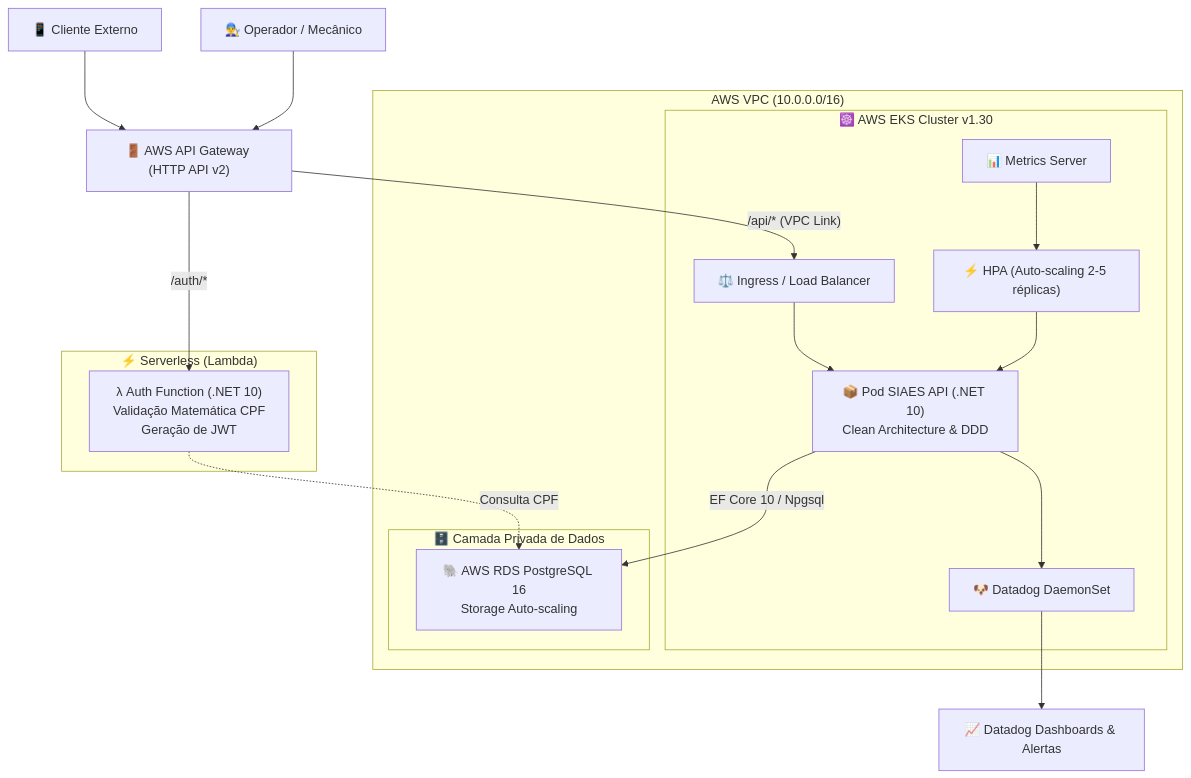
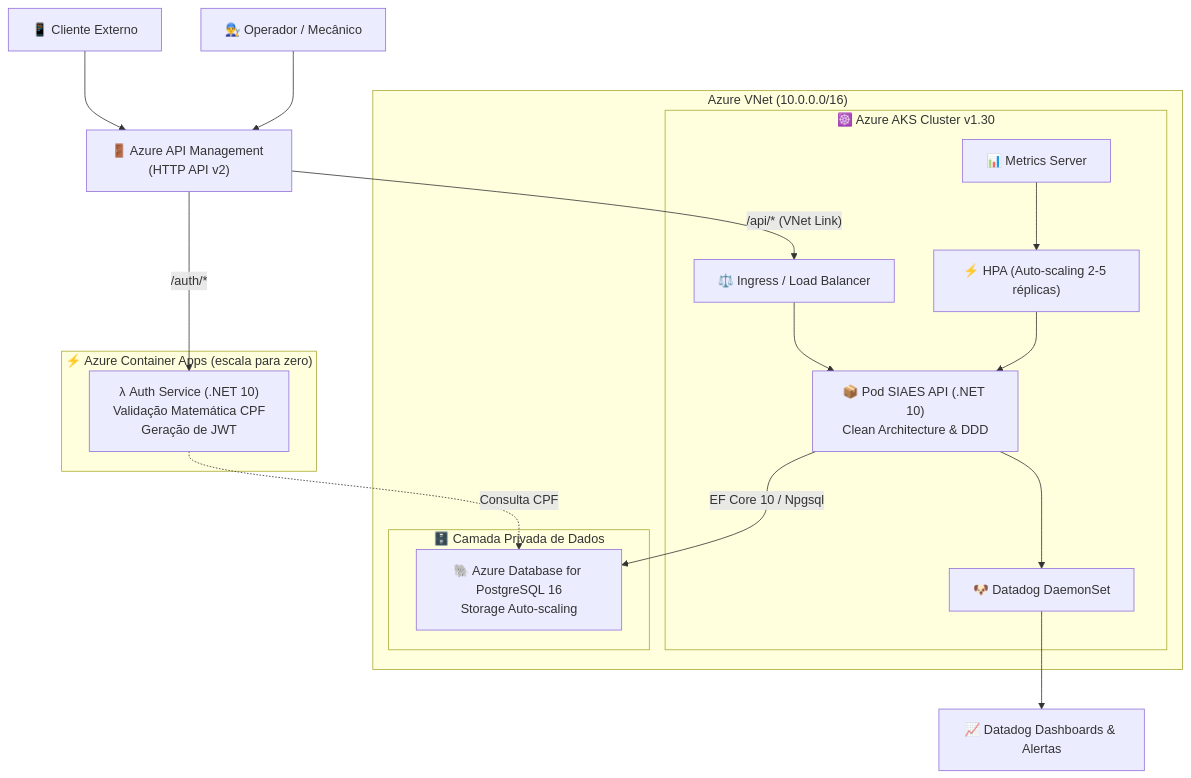
Before and after one commit to dvdalves/FIAP.Tech.Challenge: the first of 2 diagrams in README.md, drawn with Mermaid. The commit also changed other lines of this file and 31 other files, not shown here.

Commit message:
Migrar infraestrutura e deploy para Azure

````diff
--- a/README.md
+++ b/README.md
@@ -62,34 +62,34 @@
 ```mermaid
 flowchart TD
-    Customer["📱 Cliente Externo"] --> APIGW["🚪 AWS API Gateway (HTTP API v2)"]
+    Customer["📱 Cliente Externo"] --> APIGW["🚪 Azure API Management (HTTP API v2)"]
     Mechanic["👨‍🔧 Operador / Mecânico"] --> APIGW
 
-    subgraph Serverless ["⚡ Serverless (Lambda)"]
-        LambdaAuth["λ Auth Function (.NET 10)<br/>Validação Matemática CPF<br/>Geração de JWT"]
+    subgraph Serverless ["⚡ Azure Container Apps (escala para zero)"]
+        LambdaAuth["λ Auth Service (.NET 10)<br/>Validação Matemática CPF<br/>Geração de JWT"]
     end
 
-    subgraph VPC ["AWS VPC (10.0.0.0/16)"]
-        subgraph EKS ["☸️ AWS EKS Cluster v1.30"]
-            ALB["⚖️ Ingress / Load Balancer"]
+    subgraph VNet ["Azure VNet (10.0.0.0/16)"]
+        subgraph AKS ["☸️ Azure AKS Cluster v1.30"]
+            ApplicationGateway["⚖️ Ingress / Load Balancer"]
             PodAPI["📦 Pod SIAES API (.NET 10)<br/>Clean Architecture & DDD"]
             HPA["⚡ HPA (Auto-scaling 2-5 réplicas)"]
             MetricsSvr["📊 Metrics Server"]
             DDAgent["🐶 Datadog DaemonSet"]
         end
 
-        subgraph RDS_Subnet ["🗄️ Camada Privada de Dados"]
-            RDS["🐘 AWS RDS PostgreSQL 16<br/>Storage Auto-scaling"]
+        subgraph PostgreSQLSubnet ["🗄️ Camada Privada de Dados"]
+            PostgreSQLFlexivel["🐘 Azure Database for PostgreSQL 16<br/>Storage Auto-scaling"]
         end
     end
 
     APIGW -->|/auth/*| LambdaAuth
-    APIGW -->|"/api/* (VPC Link)"| ALB
-    ALB --> PodAPI
-    LambdaAuth -.->|Consulta CPF| RDS
-    PodAPI -->|EF Core 10 / Npgsql| RDS
+    APIGW -->|"/api/* (VNet Link)"| ApplicationGateway
+    ApplicationGateway --> PodAPI
+    LambdaAuth -.->|Consulta CPF| PostgreSQLFlexivel
+    PodAPI -->|EF Core 10 / Npgsql| PostgreSQLFlexivel
 
     MetricsSvr --> HPA
     HPA --> PodAPI
     PodAPI --> DDAgent
     DDAgent --> DatadogCloud["📈 Datadog Dashboards & Alertas"]
 ```
````
